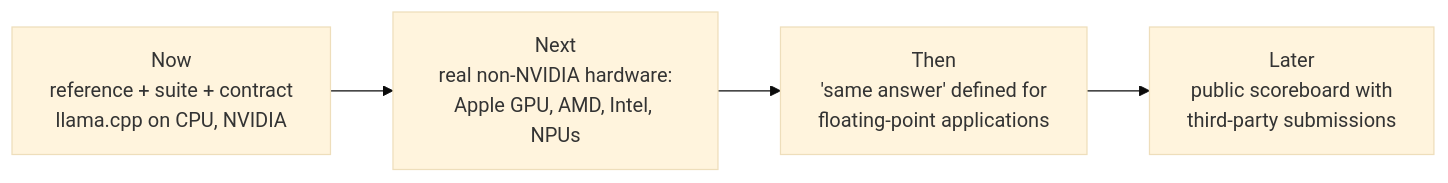
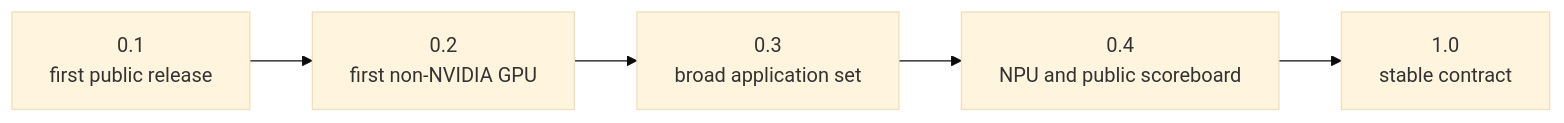
Before and after one commit to ailab-kr/opencuda: the fourth of 4 diagrams in README.md, drawn with Mermaid (base theme). The commit also changed other lines of this file and 3 other files, not shown here.

First line of the commit message:
docs: roadmap as milestones 0.1 to 1.0 with exit measures

````diff
--- a/README.md
+++ b/README.md
@@ -362,6 +362,7 @@
 ```mermaid
 flowchart LR
-    N1["Now<br/>reference + suite + contract<br/>llama.cpp on CPU, NVIDIA"] --> N2["Next<br/>real non-NVIDIA hardware:<br/>Apple GPU, AMD, Intel, NPUs"]
-    N2 --> N3["Then<br/>'same answer' defined for<br/>floating-point applications"]
-    N3 --> N4["Later<br/>public scoreboard with<br/>third-party submissions"]
+    M1["0.1<br/>first public release"] --> M2["0.2<br/>first non-NVIDIA GPU"]
+    M2 --> M3["0.3<br/>broad application set"]
+    M3 --> M4["0.4<br/>NPU and public scoreboard"]
+    M4 --> M5["1.0<br/>stable contract"]
 ```
````
